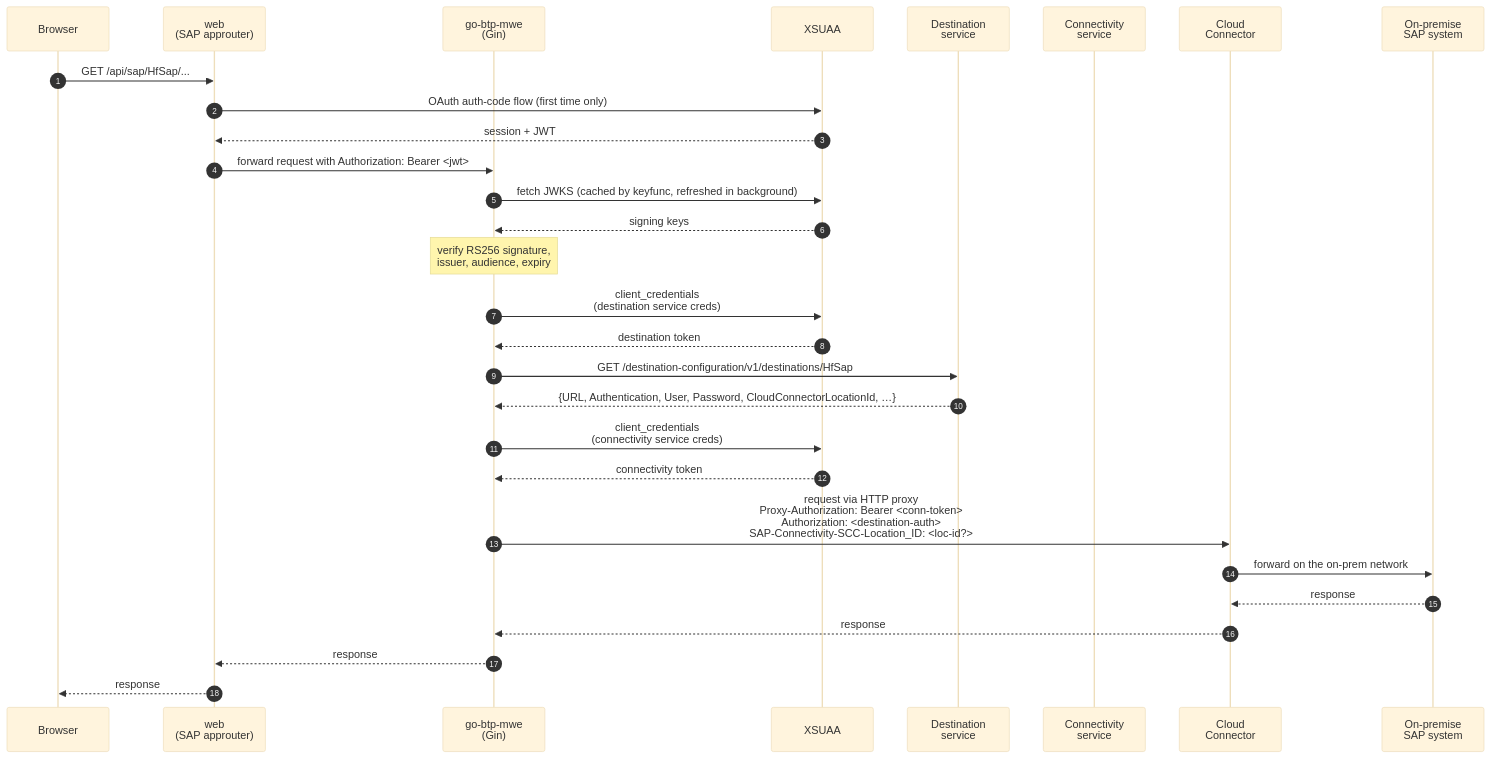
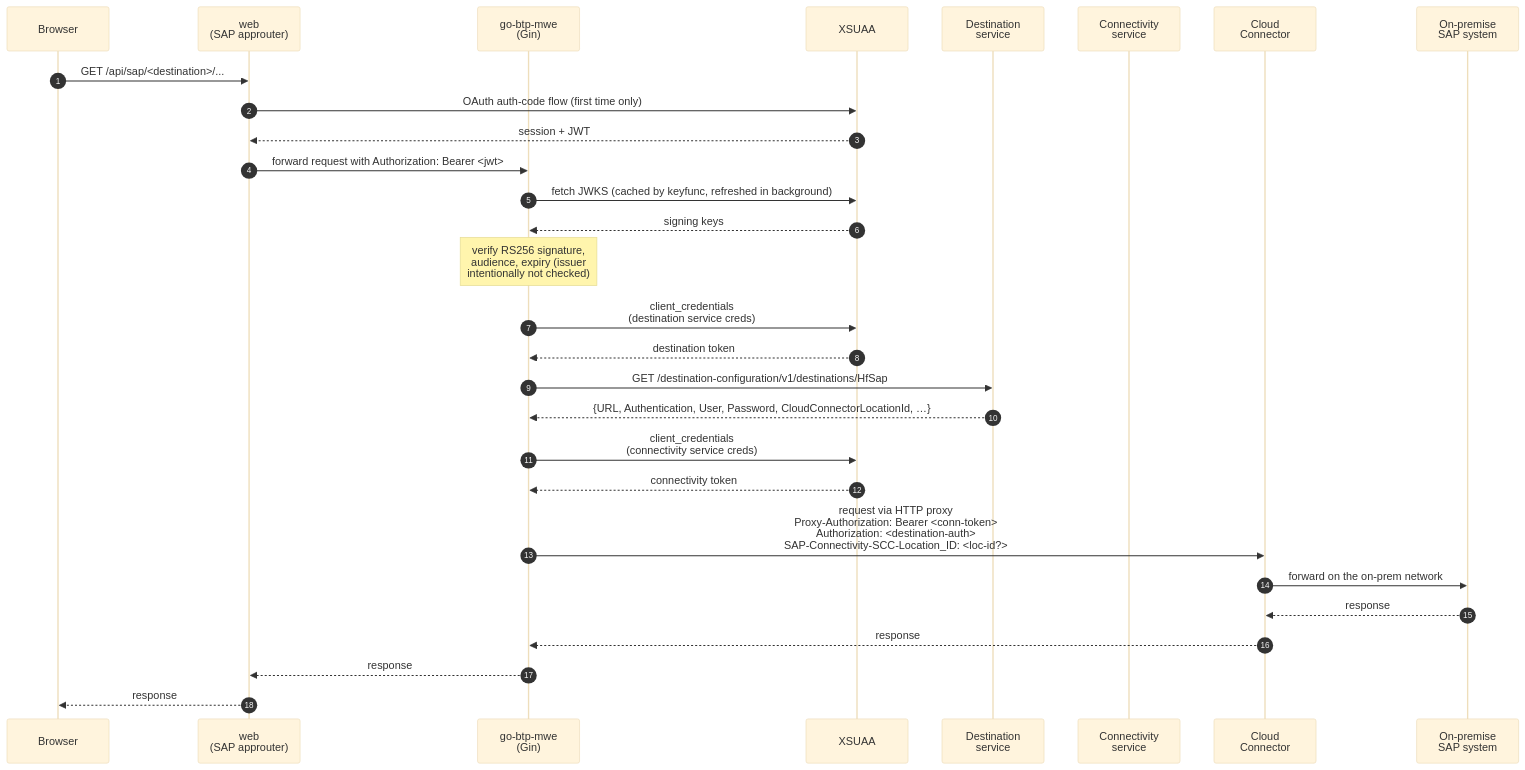
Before and after one commit to Hochfrequenz/go-sap-btp-cf-template: the diagram in README.md, drawn with Mermaid (base theme). The commit also changed other lines of this file and 1 other file, not shown here.

````diff
--- a/README.md
+++ b/README.md
@@ -14,35 +14,35 @@
 ```mermaid
 sequenceDiagram
     autonumber
     participant Browser
     participant AR as web<br/>(SAP approuter)
     participant Go as go-btp-mwe<br/>(Gin)
     participant XSUAA
     participant Dest as Destination<br/>service
     participant Conn as Connectivity<br/>service
     participant CC as Cloud<br/>Connector
     participant SAP as On-premise<br/>SAP system
 
-    Browser->>AR: GET /api/sap/HfSap/...
+    Browser->>AR: GET /api/sap/<destination>/...
     AR->>XSUAA: OAuth auth-code flow (first time only)
     XSUAA-->>AR: session + JWT
     AR->>Go: forward request with Authorization: Bearer <jwt>
     Go->>XSUAA: fetch JWKS (cached by keyfunc, refreshed in background)
     XSUAA-->>Go: signing keys
-    Note over Go: verify RS256 signature,<br/>issuer, audience, expiry
+    Note over Go: verify RS256 signature,<br/>audience, expiry (issuer<br/>intentionally not checked)
 
     Go->>XSUAA: client_credentials<br/>(destination service creds)
     XSUAA-->>Go: destination token
     Go->>Dest: GET /destination-configuration/v1/destinations/HfSap
     Dest-->>Go: {URL, Authentication, User, Password, CloudConnectorLocationId, …}
 
     Go->>XSUAA: client_credentials<br/>(connectivity service creds)
     XSUAA-->>Go: connectivity token
 
     Go->>CC: request via HTTP proxy<br/>Proxy-Authorization: Bearer <conn-token><br/>Authorization: <destination-auth><br/>SAP-Connectivity-SCC-Location_ID: <loc-id?>
     CC->>SAP: forward on the on-prem network
     SAP-->>CC: response
     CC-->>Go: response
     Go-->>AR: response
     AR-->>Browser: response
 ```
````
